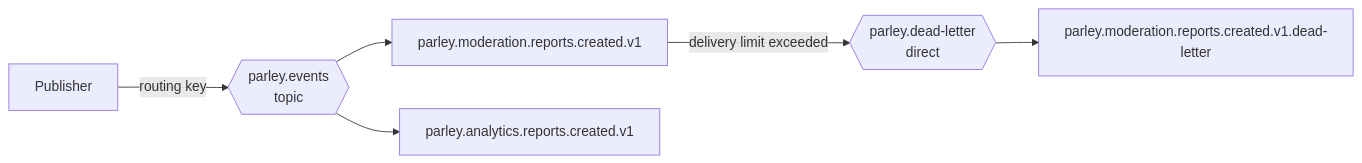
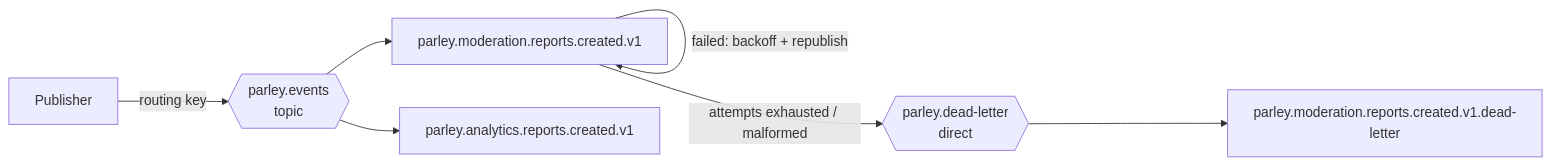
Before and after one commit to shahabwork001/parlay: the third of 6 diagrams in docs/architecture.md, drawn with Mermaid. The commit also changed other lines of this file and 185 other files, not shown here.

````diff
--- a/docs/architecture.md
+++ b/docs/architecture.md
@@ -52,8 +60,9 @@
 ```mermaid
 flowchart LR
   P[Publisher] -->|routing key| X{{parley.events<br/>topic}}
   X --> Q1[parley.moderation.reports.created.v1]
   X --> Q2[parley.analytics.reports.created.v1]
-  Q1 -->|delivery limit exceeded| DLX{{parley.dead-letter<br/>direct}}
+  Q1 -->|failed: backoff + republish| Q1
+  Q1 -->|attempts exhausted / malformed| DLX{{parley.dead-letter<br/>direct}}
   DLX --> D1[parley.moderation.reports.created.v1.dead-letter]
 ```
````
